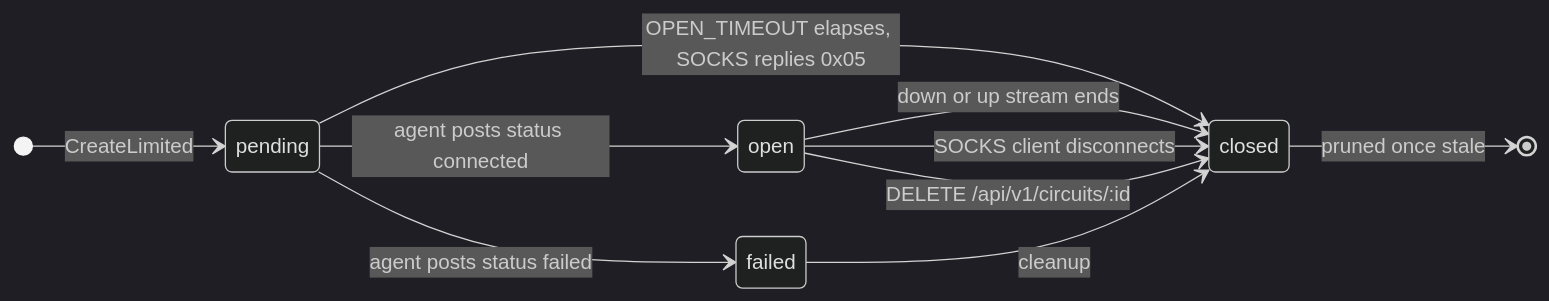
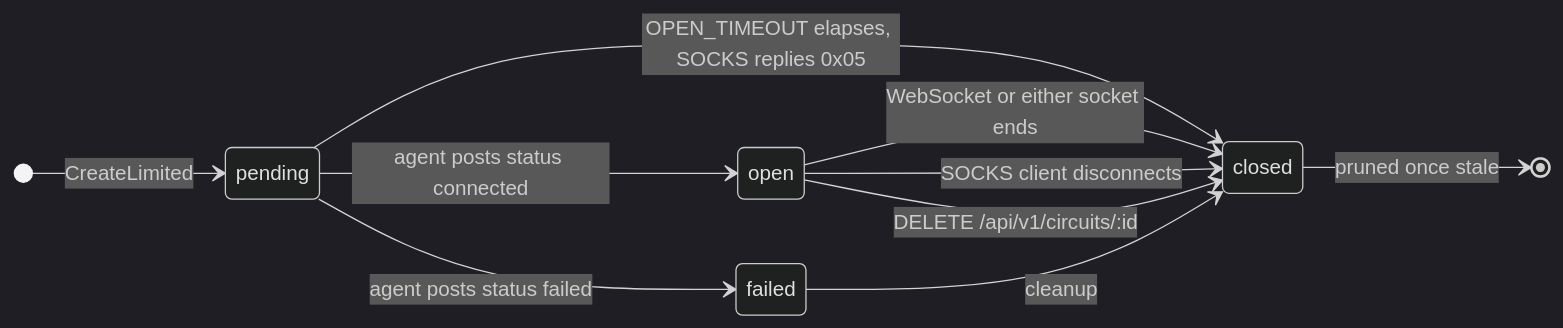
One commit to CesarPetrescu/PocketExit changed the seventh of 12 diagrams in README.md. Above: the diagram before and after it, drawn with Mermaid (dark theme). The commit also changed other lines of this file and 38 other files, not shown here.

Commit message:
Release PocketExit v0.4 WebSocket transport

````diff
--- a/README.md
+++ b/README.md
@@ -343,13 +343,13 @@
 ```mermaid
 stateDiagram-v2
     direction LR
     [*] --> pending: CreateLimited
     pending --> open: agent posts status connected
     pending --> failed: agent posts status failed
     pending --> closed: OPEN_TIMEOUT elapses, SOCKS replies 0x05
-    open --> closed: down or up stream ends
+    open --> closed: WebSocket or either socket ends
     open --> closed: SOCKS client disconnects
     open --> closed: DELETE /api/v1/circuits/:id
     failed --> closed: cleanup
     closed --> [*]: pruned once stale
 ```
````
